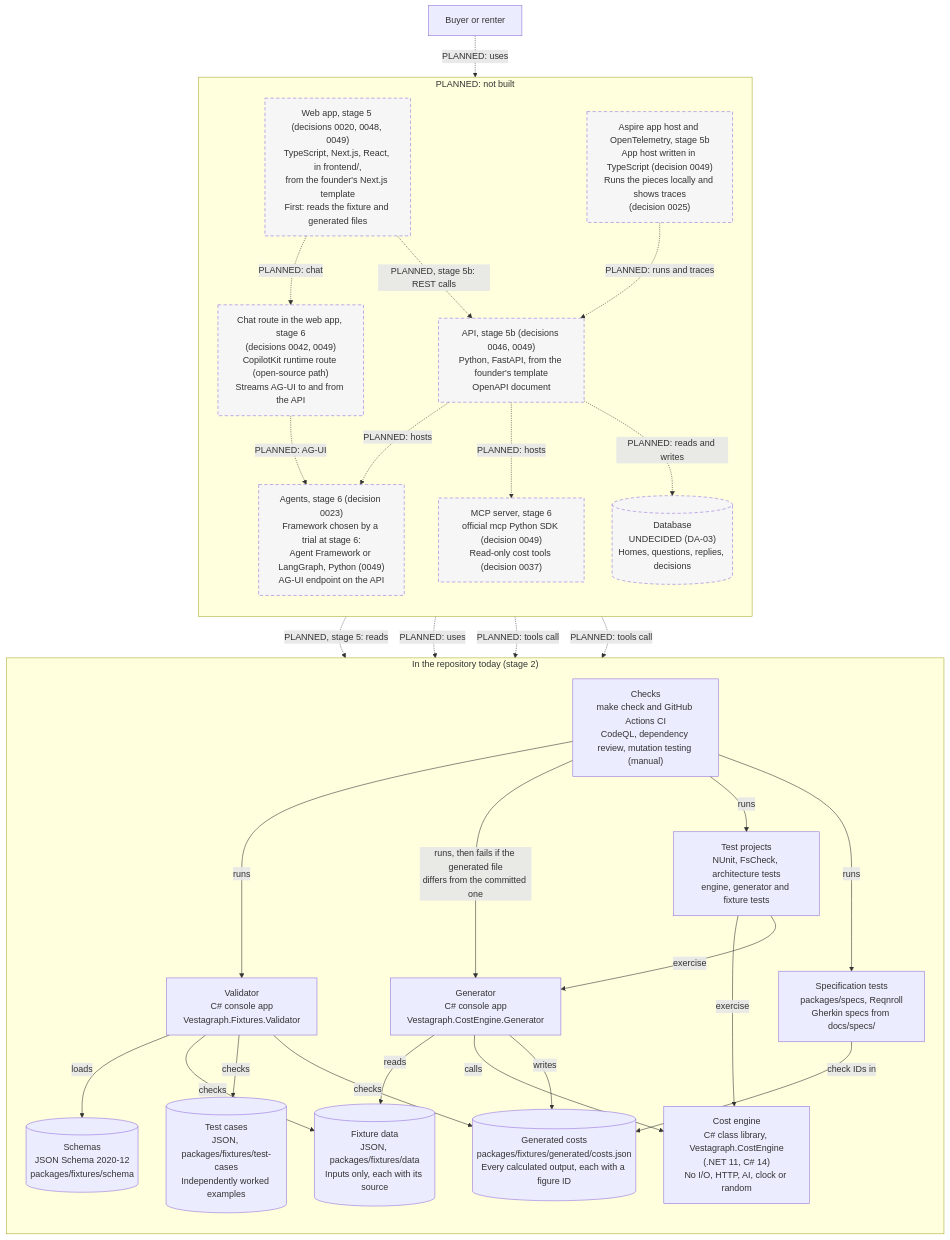
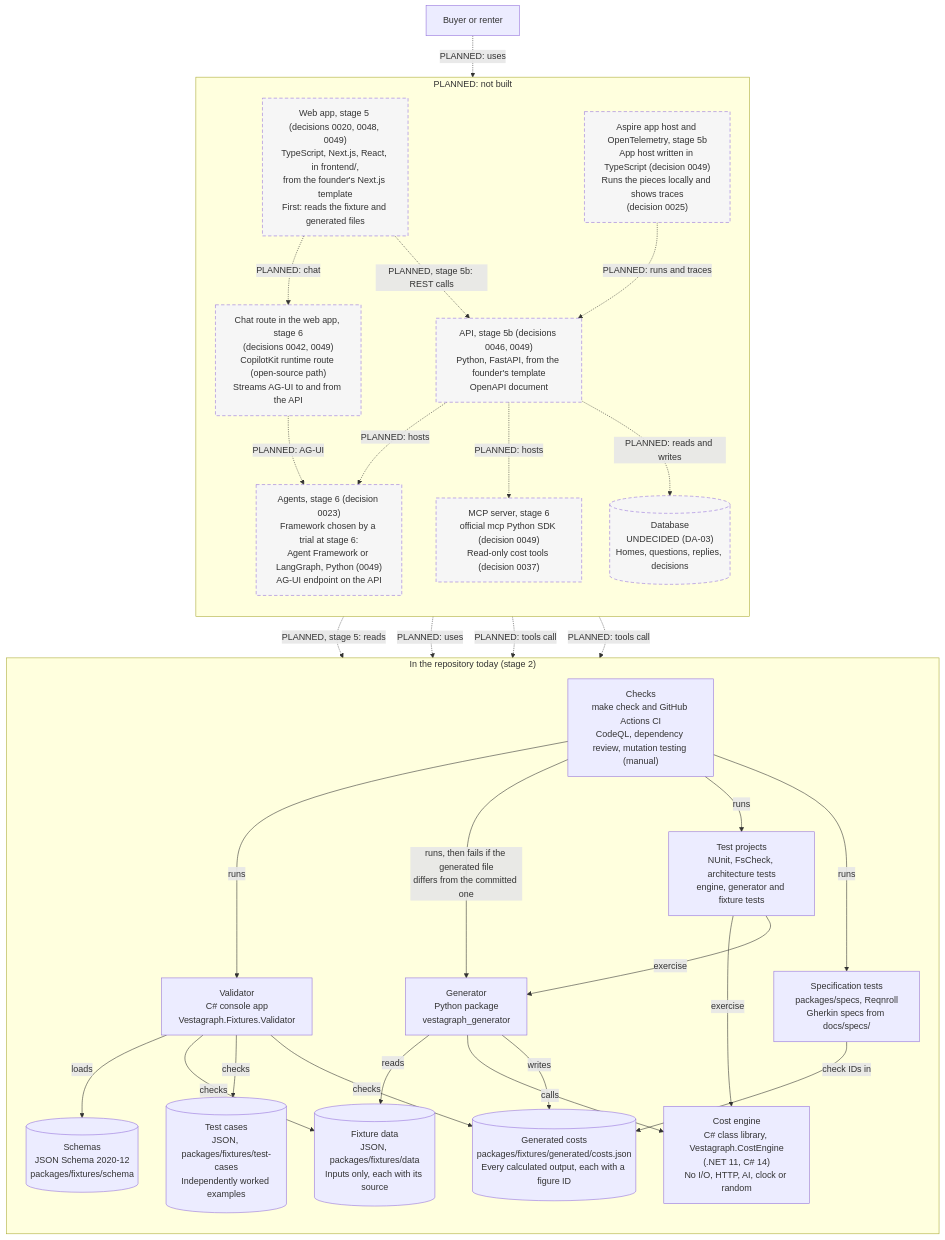
The second of 2 diagrams in docs/architecture/README.md (olaheavy-dev/homescout-platform), drawn with Mermaid before and after one commit. The commit also changed other lines of this file and 16 other files, not shown here.

Commit message:
feat: Python generator, make generate switched, byte-identical costs.json (P4, #191)

````diff
--- a/docs/architecture/README.md
+++ b/docs/architecture/README.md
@@ -47,60 +47,60 @@
 ```mermaid
 flowchart TB
     user["Buyer or renter"]
 
     subgraph today["In the repository today (stage 2)"]
         direction TB
         data[("Fixture data<br/>JSON, packages/fixtures/data<br/>Inputs only, each with its source")]
         schema[("Schemas<br/>JSON Schema 2020-12<br/>packages/fixtures/schema")]
         cases[("Test cases<br/>JSON, packages/fixtures/test-cases<br/>Independently worked examples")]
         engine["Cost engine<br/>C# class library, Vestagraph.CostEngine<br/>(.NET 11, C# 14)<br/>No I/O, HTTP, AI, clock or random"]
-        generator["Generator<br/>C# console app<br/>Vestagraph.CostEngine.Generator"]
+        generator["Generator<br/>Python package<br/>vestagraph_generator"]
         generated[("Generated costs<br/>packages/fixtures/generated/costs.json<br/>Every calculated output, each with a figure ID")]
         validator["Validator<br/>C# console app<br/>Vestagraph.Fixtures.Validator"]
         tests["Test projects<br/>NUnit, FsCheck, architecture tests<br/>engine, generator and fixture tests"]
         specs["Specification tests<br/>packages/specs, Reqnroll<br/>Gherkin specs from docs/specs/"]
         ci["Checks<br/>make check and GitHub Actions CI<br/>CodeQL, dependency review, mutation testing (manual)"]
     end
 
     subgraph later["PLANNED: not built"]
         direction TB
         web["Web app, stage 5 (decisions 0020, 0048, 0049)<br/>TypeScript, Next.js, React, in frontend/,<br/>from the founder's Next.js template<br/>First: reads the fixture and generated files"]
         api["API, stage 5b (decisions 0046, 0049)<br/>Python, FastAPI, from the founder's template<br/>OpenAPI document"]
         mcp["MCP server, stage 6<br/>official mcp Python SDK (decision 0049)<br/>Read-only cost tools (decision 0037)"]
         agents["Agents, stage 6 (decision 0023)<br/>Framework chosen by a trial at stage 6:<br/>Agent Framework or LangGraph, Python (0049)<br/>AG-UI endpoint on the API"]
         copilot["Chat route in the web app, stage 6<br/>(decisions 0042, 0049)<br/>CopilotKit runtime route (open-source path)<br/>Streams AG-UI to and from the API"]
         aspire["Aspire app host and OpenTelemetry, stage 5b<br/>App host written in TypeScript (decision 0049)<br/>Runs the pieces locally and shows traces<br/>(decision 0025)"]
         db[("Database<br/>UNDECIDED (DA-03)<br/>Homes, questions, replies, decisions")]
     end
 
     generator -->|reads| data
     generator -->|calls| engine
     generator -->|writes| generated
     validator -->|loads| schema
     validator -->|checks| data
     validator -->|checks| cases
     validator -->|checks| generated
     tests -->|exercise| engine
     tests -->|exercise| generator
     specs -->|check IDs in| generated
     ci -->|runs| validator
     ci -->|"runs, then fails if the generated file<br/>differs from the committed one"| generator
     ci -->|runs| tests
     ci -->|runs| specs
 
     user -.->|"PLANNED: uses"| web
     web -.->|"PLANNED, stage 5: reads"| generated
     web -.->|"PLANNED, stage 5b: REST calls"| api
     web -.->|"PLANNED: chat"| copilot
     copilot -.->|"PLANNED: AG-UI"| agents
     api -.->|"PLANNED: uses"| engine
     api -.->|"PLANNED: hosts"| mcp
     api -.->|"PLANNED: hosts"| agents
     agents -.->|"PLANNED: tools call"| engine
     mcp -.->|"PLANNED: tools call"| engine
     api -.->|"PLANNED: reads and writes"| db
     aspire -.->|"PLANNED: runs and traces"| api
 
     classDef planned stroke-dasharray: 6 4,fill:#f6f6f6,color:#333
     class web,api,mcp,agents,copilot,aspire,db planned
 ```
````
